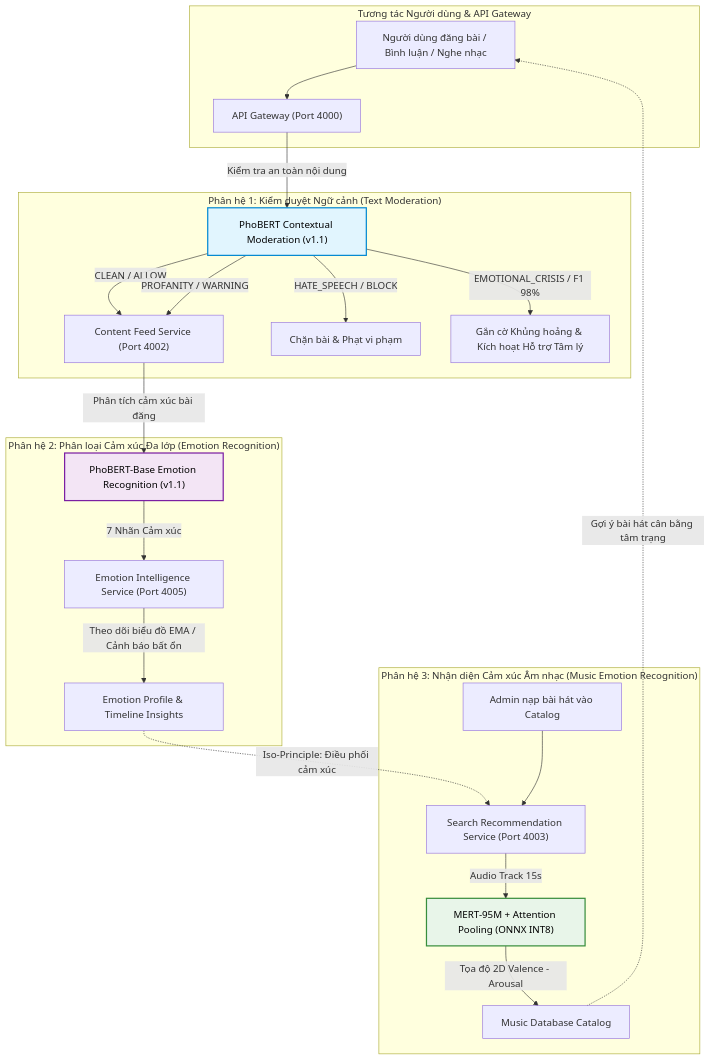
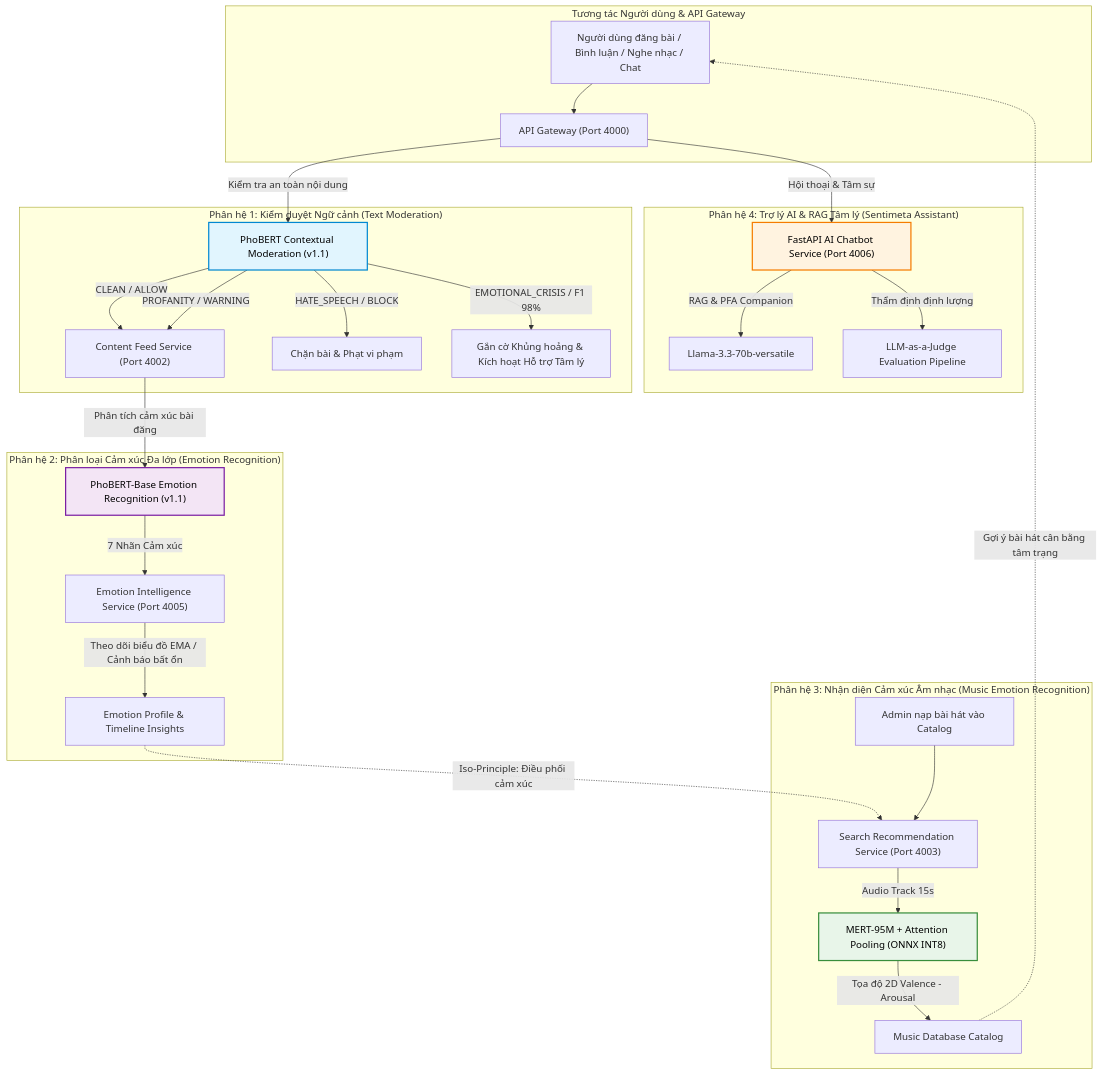
One commit to LeVanHuy84/SE121-microservices changed the diagram in docs/evaluation/README.md. Above: the diagram before and after it, drawn with Mermaid. The commit also changed other lines of this file and 22 other files, not shown here.

Commit message:
evaluation(chatbot): Refactor code structure for improved readability and maintainability

````diff
--- a/docs/evaluation/README.md
+++ b/docs/evaluation/README.md
@@ -13,32 +13,39 @@
 ```mermaid
 flowchart TD
     subgraph ClientAndGateway ["Tương tác Người dùng & API Gateway"]
-        U["Người dùng đăng bài / Bình luận / Nghe nhạc"] --> GW["API Gateway (Port 4000)"]
+        U["Người dùng đăng bài / Bình luận / Nghe nhạc / Chat"] --> GW["API Gateway (Port 4000)"]
     end
 
     subgraph ModerationModule ["Phân hệ 1: Kiểm duyệt Ngữ cảnh (Text Moderation)"]
         GW -->|"Kiểm tra an toàn nội dung"| MOD["PhoBERT Contextual Moderation (v1.1)"]
         MOD -->|"CLEAN / ALLOW"| FEED["Content Feed Service (Port 4002)"]
         MOD -->|"PROFANITY / WARNING"| FEED
         MOD -->|"HATE_SPEECH / BLOCK"| BLK["Chặn bài & Phạt vi phạm"]
         MOD -->|"EMOTIONAL_CRISIS / F1 98%"| CRISIS["Gắn cờ Khủng hoảng & Kích hoạt Hỗ trợ Tâm lý"]
     end
 
     subgraph EmotionModule ["Phân hệ 2: Phân loại Cảm xúc Đa lớp (Emotion Recognition)"]
         FEED -->|"Phân tích cảm xúc bài đăng"| EMO["PhoBERT-Base Emotion Recognition (v1.1)"]
         EMO -->|"7 Nhãn Cảm xúc"| EIS["Emotion Intelligence Service (Port 4005)"]
         EIS -->|"Theo dõi biểu đồ EMA / Cảnh báo bất ổn"| PROFILE["Emotion Profile & Timeline Insights"]
     end
 
     subgraph MusicModule ["Phân hệ 3: Nhận diện Cảm xúc Âm nhạc (Music Emotion Recognition)"]
         ADMIN["Admin nạp bài hát vào Catalog"] --> SRS["Search Recommendation Service (Port 4003)"]
         SRS -->|"Audio Track 15s"| MERT["MERT-95M + Attention Pooling (ONNX INT8)"]
         MERT -->|"Tọa độ 2D Valence - Arousal"| DB_MUSIC["Music Database Catalog"]
         PROFILE -.->|"Iso-Principle: Điều phối cảm xúc"| SRS
         DB_MUSIC -.->|"Gợi ý bài hát cân bằng tâm trạng"| U
     end
 
+    subgraph ChatbotModule ["Phân hệ 4: Trợ lý AI & RAG Tâm lý (Sentimeta Assistant)"]
+        GW -->|"Hội thoại & Tâm sự"| CB["FastAPI AI Chatbot Service (Port 4006)"]
+        CB -->|"RAG & PFA Companion"| LLM["Llama-3.3-70b-versatile"]
+        CB -->|"Thẩm định định lượng"| JUDGE["LLM-as-a-Judge Evaluation Pipeline"]
+    end
+
     style MOD fill:#e1f5fe,stroke:#0288d1,stroke-width:2px,color:#000000
     style EMO fill:#f3e5f5,stroke:#7b1fa2,stroke-width:2px,color:#000000
     style MERT fill:#e8f5e9,stroke:#388e3c,stroke-width:2px,color:#000000
+    style CB fill:#fff3e0,stroke:#f57c00,stroke-width:2px,color:#000000
 ```
````
